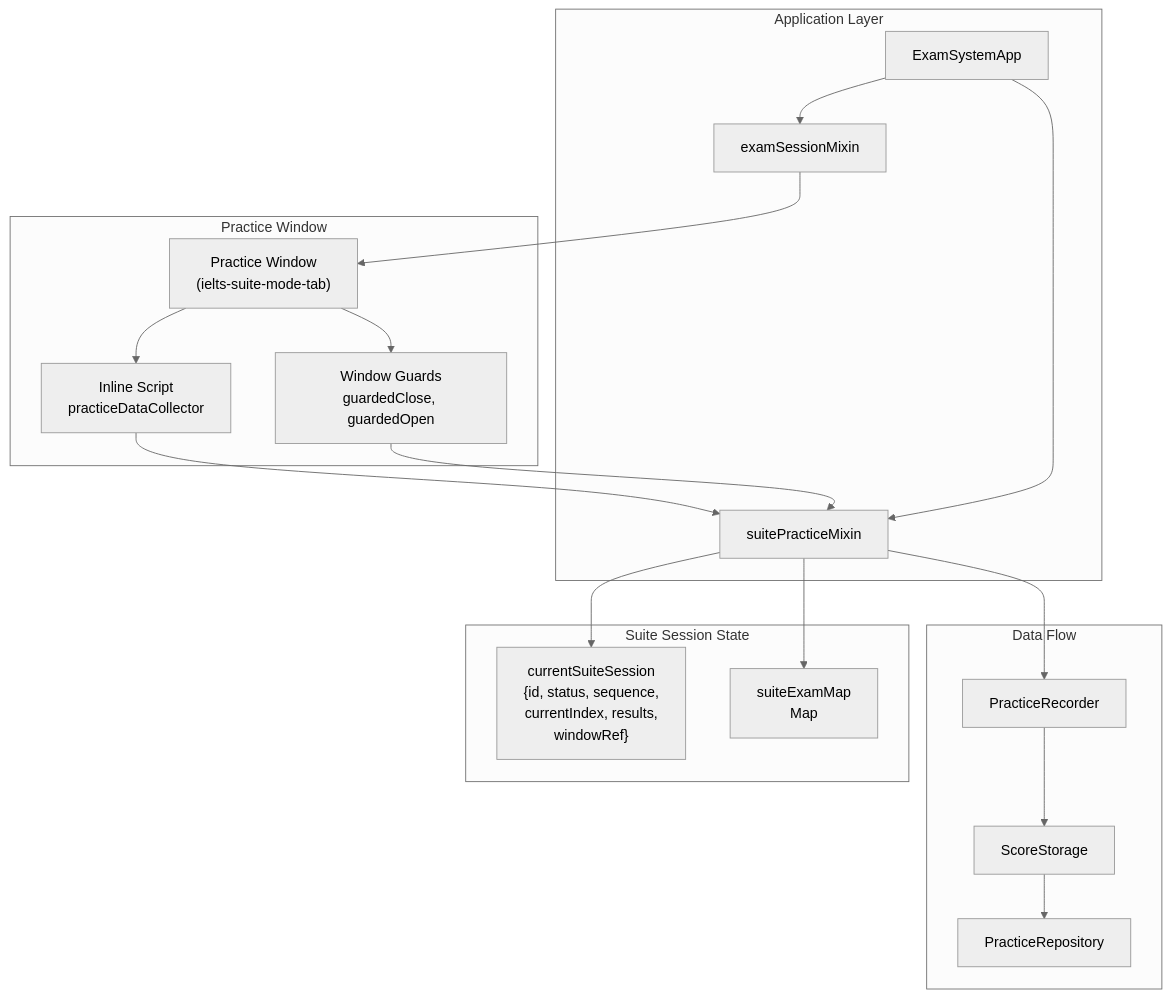
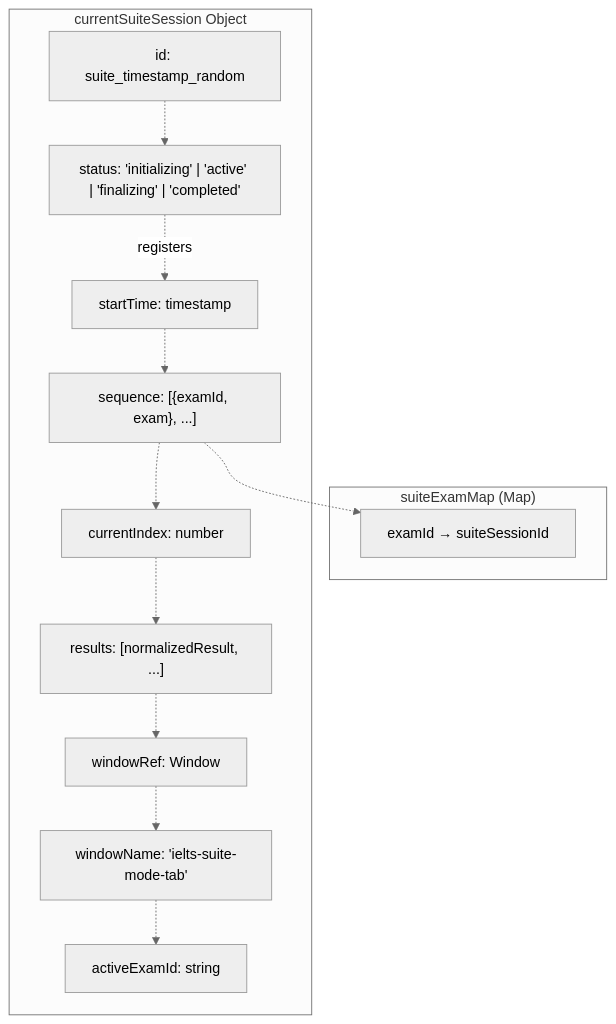
The first of 13 diagrams in developer/doc/Wiki/Suite-Practice-Mode.md (sallowayma-git/IELTS-practice), drawn with Mermaid (neutral theme) before and after one commit. The commit also changed other lines of this file and 84 other files, not shown here.

````diff
--- a/developer/doc/Wiki/Suite-Practice-Mode.md
+++ b/developer/doc/Wiki/Suite-Practice-Mode.md
@@ -42,51 +55,40 @@
 ```mermaid
 flowchart TD
 
-APP["ExamSystemApp"]
-SUITE_MIXIN["suitePracticeMixin"]
-SESSION_MIXIN["examSessionMixin"]
-SESSION["currentSuiteSession<br>{id, status, sequence,<br>currentIndex, results,<br>windowRef}"]
-MAP["suiteExamMap<br>Map<examId, suiteSessionId>"]
-PRACTICE_WIN["Practice Window<br>(ielts-suite-mode-tab)"]
-INLINE_SCRIPT["Inline Script<br>practiceDataCollector"]
-GUARDS["Window Guards<br>guardedClose, guardedOpen"]
-RECORDER["PracticeRecorder"]
-STORAGE["ScoreStorage"]
-REPOS["PracticeRepository"]
+SessionID["id: suite_timestamp_random"]
+Status["status: 'initializing' | 'active' | 'finalizing' | 'completed'"]
+StartTime["startTime: timestamp"]
+Sequence["sequence: [{examId, exam}, ...]"]
+CurrentIndex["currentIndex: number"]
+Results["results: [normalizedResult, ...]"]
+WindowRef["windowRef: Window"]
+WindowName["windowName: 'ielts-suite-mode-tab'"]
+ActiveExamId["activeExamId: string"]
+MapEntries["examId → suiteSessionId"]
 
-SUITE_MIXIN --> SESSION
-SUITE_MIXIN --> MAP
-SESSION_MIXIN --> PRACTICE_WIN
-INLINE_SCRIPT --> SUITE_MIXIN
-GUARDS --> SUITE_MIXIN
-SUITE_MIXIN --> RECORDER
+Sequence -.-> MapEntries
 
-subgraph subGraph3 ["Data Flow"]
-    RECORDER
-    STORAGE
-    REPOS
-    RECORDER --> STORAGE
-    STORAGE --> REPOS
+subgraph subGraph1 ["suiteExamMap (Map)"]
+    MapEntries
 end
 
-subgraph subGraph2 ["Practice Window"]
-    PRACTICE_WIN
-    INLINE_SCRIPT
-    GUARDS
-    PRACTICE_WIN --> INLINE_SCRIPT
-    PRACTICE_WIN --> GUARDS
-end
-
-subgraph subGraph1 ["Suite Session State"]
-    SESSION
-    MAP
-end
-
-subgraph subGraph0 ["Application Layer"]
-    APP
-    SUITE_MIXIN
-    SESSION_MIXIN
-    APP --> SUITE_MIXIN
-    APP --> SESSION_MIXIN
+subgraph subGraph0 ["currentSuiteSession Object"]
+    SessionID
+    Status
+    StartTime
+    Sequence
+    CurrentIndex
+    Results
+    WindowRef
+    WindowName
+    ActiveExamId
+    SessionID -.-> Status
+    Status -.->|"registers"| StartTime
+    StartTime -.-> Sequence
+    Sequence -.-> CurrentIndex
+    CurrentIndex -.-> Results
+    Results -.-> WindowRef
+    WindowRef -.-> WindowName
+    WindowName -.-> ActiveExamId
 end
 ```
````
